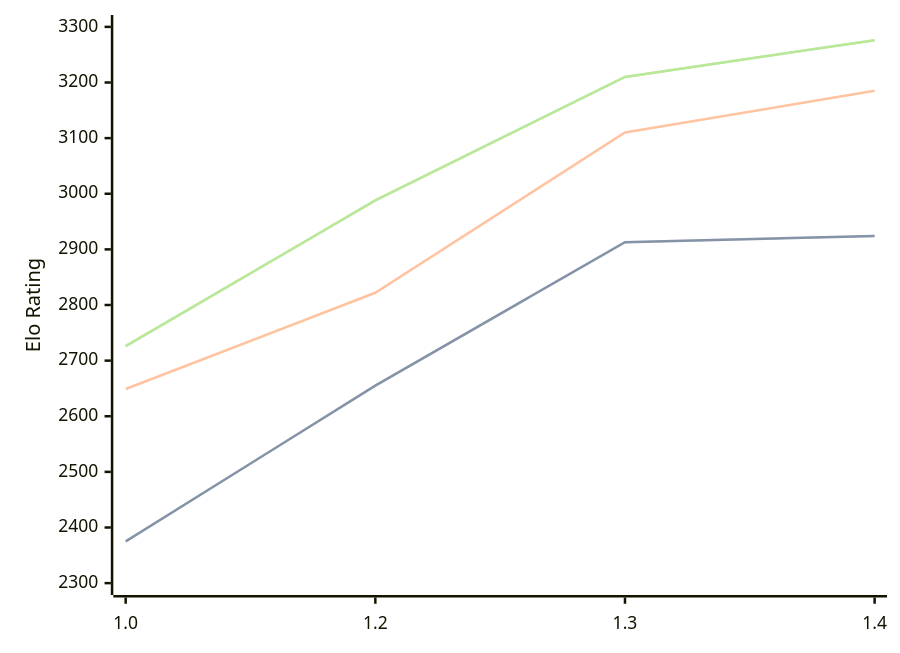
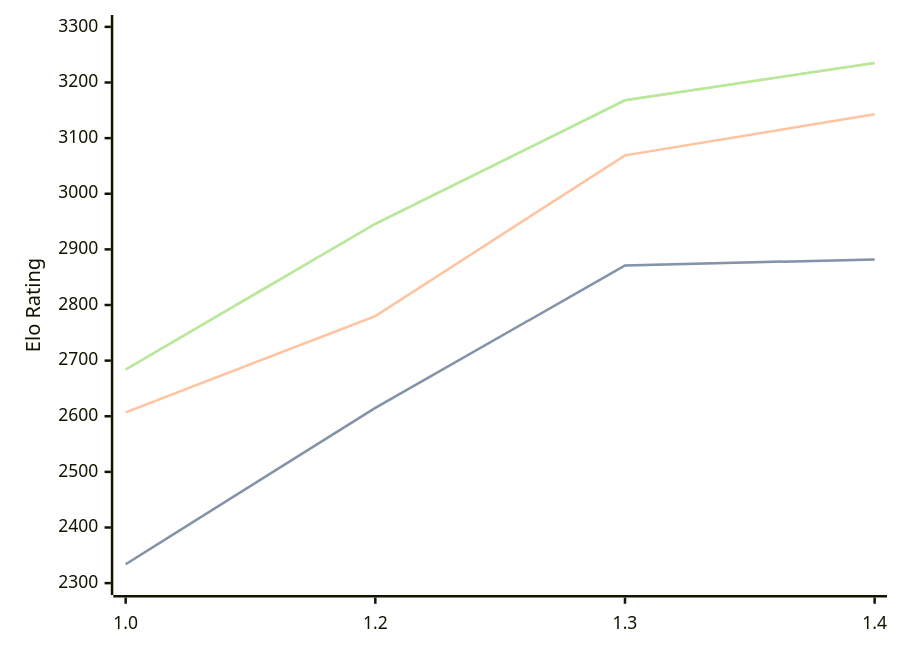
One commit to computer-chess-index/cci changed the diagram in engines/Chessnix.md. Above: the diagram before and after it, drawn with Mermaid. The commit also changed other lines of this file, not shown here.

Commit message:
Update CCI Ratings (ELO VLTC) - 2026-05-19

````diff
--- a/engines/Chessnix.md
+++ b/engines/Chessnix.md
@@ -36,11 +36,11 @@
 ```mermaid
 %%{init: {"theme":"base","themeVariables":{"seriesColors:['#a3a3a3','#222221','#faa371']}}}%%
 xychart-beta
   x-axis ["1.0", "1.2", "1.3", "1.4"]
   y-axis "Elo Rating" 2300 --> 3300
-  line "STC (8.0+0.08s)" [2375, 2655, 2913, 2924]
-  line "STC (8.0+0.08s)" [2375, 2655, 2913, 2924]
-  line "LTC (60.0+0.60s)" [2649, 2822, 3110, 3185]
-  line "VLTC (2m24s+1.12s)" [2726, 2988, 3210, 3276]
-  line "VLTC (2m24s+1.12s)" [2726, 2988, 3210, 3276]
+  line "STC (8.0+0.08s)" [2334, 2615, 2871, 2882]
+  line "STC (8.0+0.08s)" [2334, 2615, 2871, 2882]
+  line "LTC (60.0+0.60s)" [2607, 2780, 3069, 3143]
+  line "VLTC (2m24s+1.12s)" [2684, 2946, 3168, 3235]
+  line "VLTC (2m24s+1.12s)" [2684, 2946, 3168, 3235]
 ```
````
